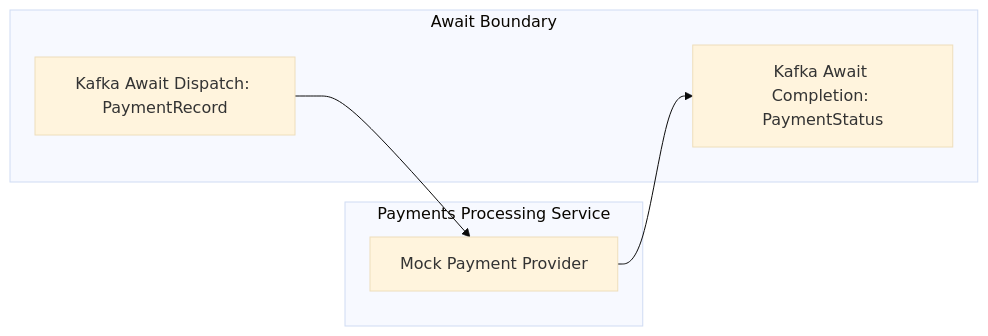
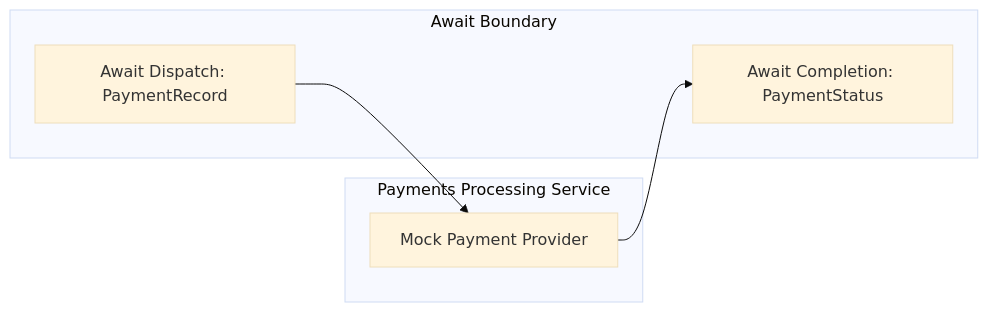
Before and after one commit to The-Pipeline-Framework/pipelineframework: the diagram in examples/csv-payments/payments-processing-svc/README.md, drawn with Mermaid (base theme). The commit also changed other lines of this file and 7 other files, not shown here.

````diff
--- a/examples/csv-payments/payments-processing-svc/README.md
+++ b/examples/csv-payments/payments-processing-svc/README.md
@@ -20,14 +20,14 @@
 ```mermaid
 graph LR
-    A[Kafka Await Dispatch: PaymentRecord] --> B[Mock Payment Provider]
-    B --> C[Kafka Await Completion: PaymentStatus]
+    A[Await Dispatch: PaymentRecord] --> B[Mock Payment Provider]
+    B --> C[Await Completion: PaymentStatus]
     
     subgraph "Payments Processing Service"
         B
     end
     
     subgraph "Await Boundary"
         A
         C
     end
 ```
````
